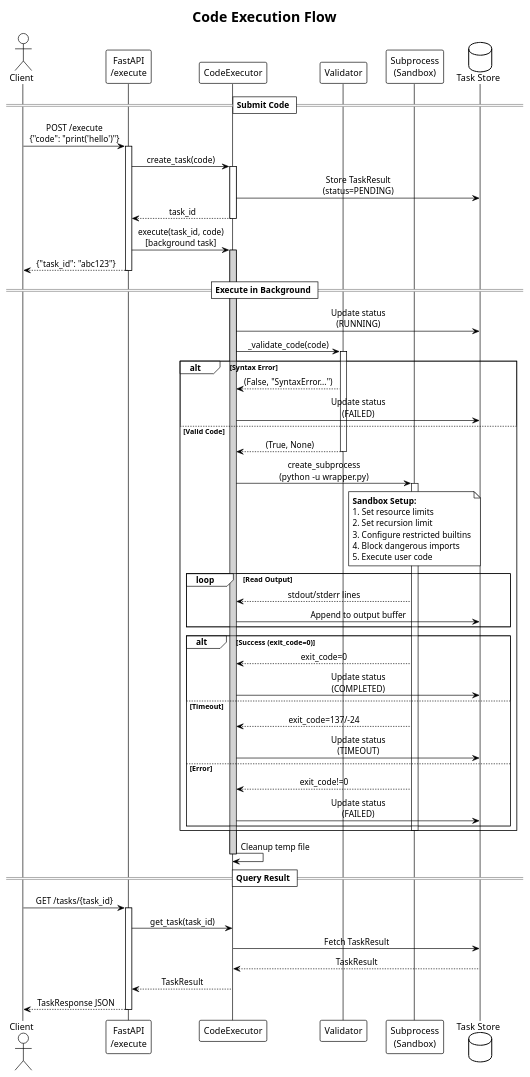
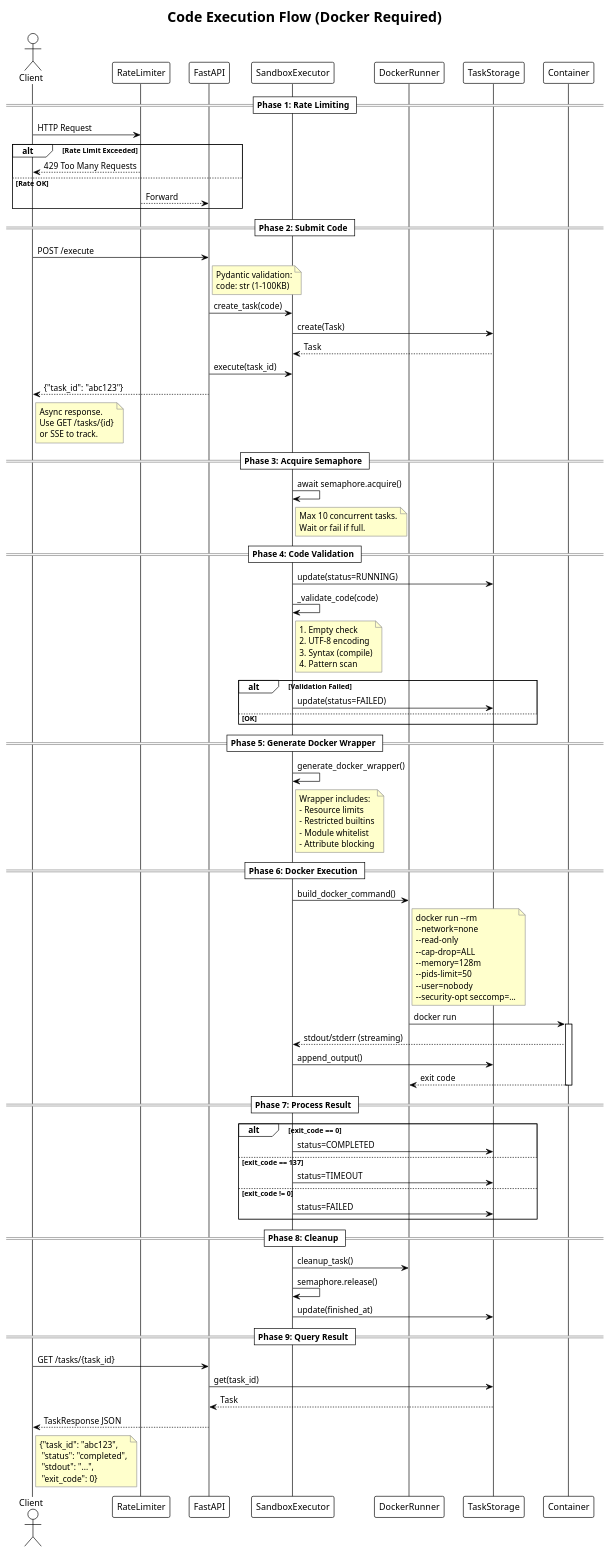
One commit to huangyingw/rayai-code-sandbox changed the diagram in docs/sequence_execute.puml. Above: the diagram before and after it, drawn with PlantUML. The commit also changed 4 other files, not shown here.

First line of the commit message:
docs: update PlantUML diagrams for Docker-based architecture

```diff
--- a/docs/sequence_execute.puml
+++ b/docs/sequence_execute.puml
@@ -1,90 +1,140 @@
 @startuml sequence_execute
 !theme plain
-title Code Execution Flow
+title Code Execution Flow (Docker Required)
+skinparam responseMessageBelowArrow true
+skinparam noteBackgroundColor #FFFFCC
+skinparam noteBorderColor #999999
 
-skinparam responseMessageBelowArrow true
-skinparam sequenceMessageAlign center
+actor "Client" as Client
+participant "RateLimiter" as RateLimiter
+participant "FastAPI" as API
+participant "SandboxExecutor" as Executor
+participant "DockerRunner" as Docker
+participant "TaskStorage" as Store
+participant "Container" as Container
 
-actor Client
-participant "FastAPI\n/execute" as API
-participant "CodeExecutor" as Executor
-participant "Validator" as Validator
-participant "Subprocess\n(Sandbox)" as Sandbox
-database "Task Store" as Store
+== Phase 1: Rate Limiting ==
 
-== Submit Code ==
+Client -> RateLimiter : HTTP Request
 
-Client -> API : POST /execute\n{"code": "print('hello')"}
-activate API
+alt Rate Limit Exceeded
+    RateLimiter --> Client : 429 Too Many Requests
+else Rate OK
+    RateLimiter --> API : Forward
+end
+
+== Phase 2: Submit Code ==
+
+Client -> API : POST /execute
+
+note right of API
+  Pydantic validation:
+  code: str (1-100KB)
+end note
 
 API -> Executor : create_task(code)
-activate Executor
-Executor -> Store : Store TaskResult\n(status=PENDING)
-Executor --> API : task_id
-deactivate Executor
+Executor -> Store : create(Task)
+Store --> Executor : Task
 
-API -> Executor : execute(task_id, code)\n[background task]
-activate Executor #LightGray
+API -> Executor : execute(task_id)
+API --> Client : {"task_id": "abc123"}
 
-API --> Client : {"task_id": "abc123"}
-deactivate API
+note right of Client
+  Async response.
+  Use GET /tasks/{id}
+  or SSE to track.
+end note
 
-== Execute in Background ==
+== Phase 3: Acquire Semaphore ==
 
-Executor -> Store : Update status\n(RUNNING)
-Executor -> Validator : _validate_code(code)
-activate Validator
+Executor -> Executor : await semaphore.acquire()
 
-alt Syntax Error
-    Validator --> Executor : (False, "SyntaxError...")
-    Executor -> Store : Update status\n(FAILED)
-else Valid Code
-    Validator --> Executor : (True, None)
-    deactivate Validator
+note right of Executor
+  Max 10 concurrent tasks.
+  Wait or fail if full.
+end note
 
-    Executor -> Sandbox : create_subprocess\n(python -u wrapper.py)
-    activate Sandbox
+== Phase 4: Code Validation ==
 
-    note over Sandbox
-        **Sandbox Setup:**
-        1. Set resource limits
-        2. Set recursion limit
-        3. Configure restricted builtins
-        4. Block dangerous imports
-        5. Execute user code
-    end note
+Executor -> Store : update(status=RUNNING)
+Executor -> Executor : _validate_code(code)
 
-    loop Read Output
-        Sandbox --> Executor : stdout/stderr lines
-        Executor -> Store : Append to output buffer
-    end
+note right of Executor
+  1. Empty check
+  2. UTF-8 encoding
+  3. Syntax (compile)
+  4. Pattern scan
+end note
 
-    alt Success (exit_code=0)
-        Sandbox --> Executor : exit_code=0
-        Executor -> Store : Update status\n(COMPLETED)
-    else Timeout
-        Sandbox --> Executor : exit_code=137/-24
-        Executor -> Store : Update status\n(TIMEOUT)
-    else Error
-        Sandbox --> Executor : exit_code!=0
-        Executor -> Store : Update status\n(FAILED)
-    end
-
-    deactivate Sandbox
+alt Validation Failed
+    Executor -> Store : update(status=FAILED)
+else OK
 end
 
-Executor -> Executor : Cleanup temp file
-deactivate Executor
+== Phase 5: Generate Docker Wrapper ==
 
-== Query Result ==
+Executor -> Executor : generate_docker_wrapper()
+
+note right of Executor
+  Wrapper includes:
+  - Resource limits
+  - Restricted builtins
+  - Module whitelist
+  - Attribute blocking
+end note
+
+== Phase 6: Docker Execution ==
+
+Executor -> Docker : build_docker_command()
+
+note right of Docker
+  docker run --rm
+  --network=none
+  --read-only
+  --cap-drop=ALL
+  --memory=128m
+  --pids-limit=50
+  --user=nobody
+  --security-opt seccomp=...
+end note
+
+Docker -> Container : docker run
+activate Container
+
+Container --> Executor : stdout/stderr (streaming)
+Executor -> Store : append_output()
+
+Container --> Docker : exit code
+deactivate Container
+
+== Phase 7: Process Result ==
+
+alt exit_code == 0
+    Executor -> Store : status=COMPLETED
+else exit_code == 137
+    Executor -> Store : status=TIMEOUT
+else exit_code != 0
+    Executor -> Store : status=FAILED
+end
+
+== Phase 8: Cleanup ==
+
+Executor -> Docker : cleanup_task()
+Executor -> Executor : semaphore.release()
+Executor -> Store : update(finished_at)
+
+== Phase 9: Query Result ==
 
 Client -> API : GET /tasks/{task_id}
-activate API
-API -> Executor : get_task(task_id)
-Executor -> Store : Fetch TaskResult
-Store --> Executor : TaskResult
-Executor --> API : TaskResult
+API -> Store : get(task_id)
+Store --> API : Task
 API --> Client : TaskResponse JSON
-deactivate API
+
+note right of Client
+  {"task_id": "abc123",
+   "status": "completed",
+   "stdout": "...",
+   "exit_code": 0}
+end note
 
 @enduml
```
